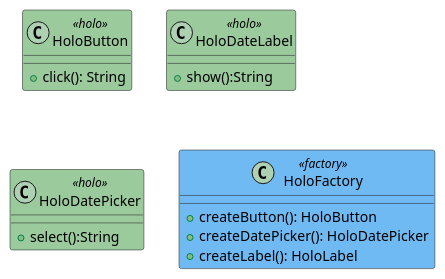
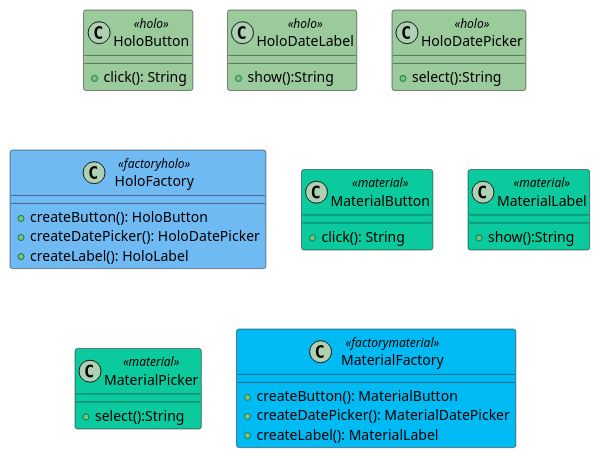
Before and after one commit to jandry/design-pattern: the diagram in src/uml/abstractfactory.puml, drawn with PlantUML. The commit also changed 5 other files, not shown here.

```diff
--- a/src/uml/abstractfactory.puml
+++ b/src/uml/abstractfactory.puml
@@ -1,23 +1,41 @@
 @startuml AbstractFactory
 
 skinparam class {
     BackgroundColor<<holo>> #9bca9d
-	BackgroundColor<<factory>> #70baf4
+    BackgroundColor<<factoryholo>> #70baf4
+    BackgroundColor<<material>> #0bca9d
+	BackgroundColor<<factorymaterial>> #00baf4
 }
 
 class HoloButton <<holo>> {
     + click(): String
 }
 class HoloDateLabel <<holo>> {
     + show():String
 }
 class HoloDatePicker <<holo>> {
     + select():String
 }
 
-class HoloFactory <<factory>>{
+class HoloFactory <<factoryholo>>{
     + createButton(): HoloButton
     + createDatePicker(): HoloDatePicker
     + createLabel(): HoloLabel
 }
+
+class MaterialButton <<material>> {
+    + click(): String
+}
+class MaterialLabel <<material>> {
+    + show():String
+}
+class MaterialPicker <<material>> {
+    + select():String
+}
+
+class MaterialFactory <<factorymaterial>>{
+    + createButton(): MaterialButton
+    + createDatePicker(): MaterialDatePicker
+    + createLabel(): MaterialLabel
+}
 @enduml
```
